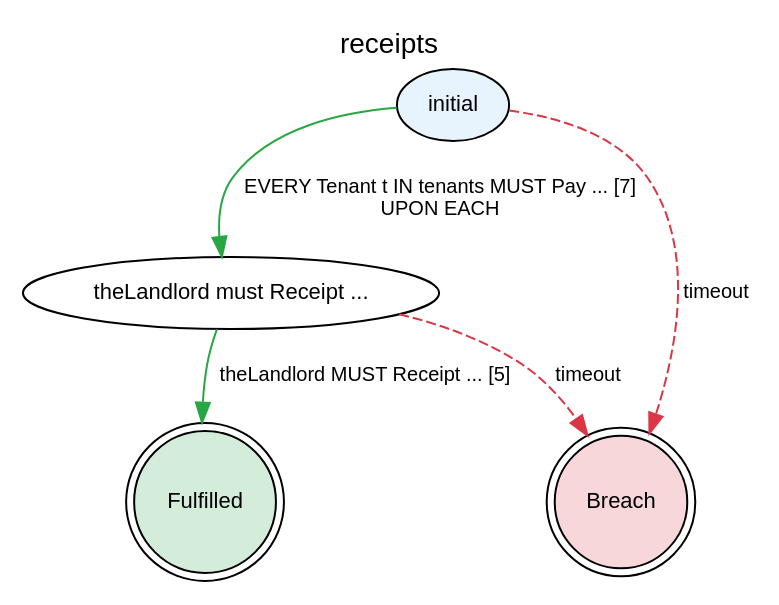
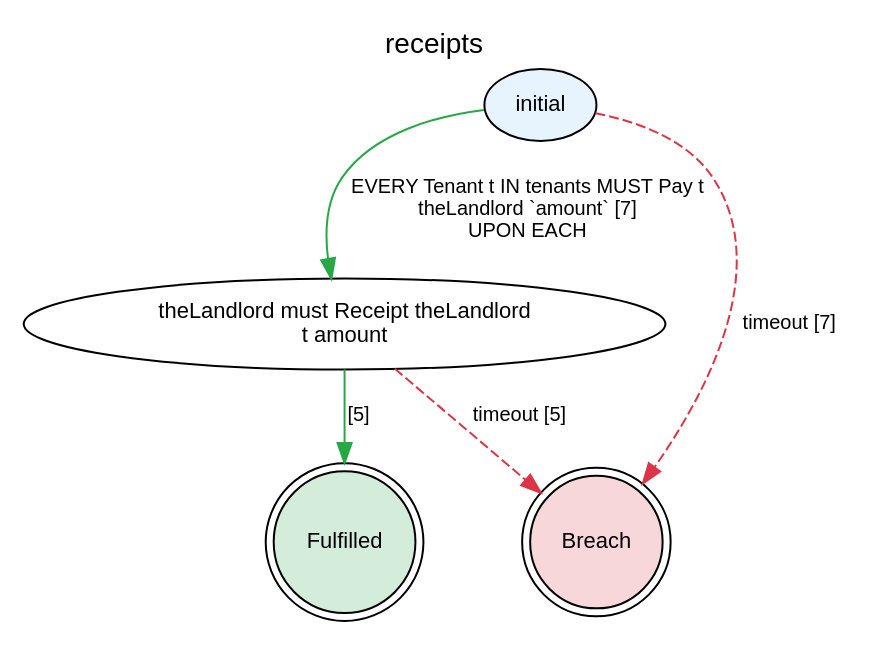
Before and after one commit to legalese/l4-ide: the diagram in etc/lts-reader-proxy/tenancy/B.dot, drawn with Graphviz. The commit also changed 3 other files, not shown here.

```diff
--- a/etc/lts-reader-proxy/tenancy/B.dot
+++ b/etc/lts-reader-proxy/tenancy/B.dot
@@ -1,43 +1,43 @@
 digraph {
     graph [rankdir=TB
           ,label=receipts
           ,labelloc=t
           ,fontname=Helvetica
           ,fontsize=14];
     node [fontname=Helvetica
          ,fontsize=11];
     edge [fontname=Helvetica
          ,fontsize=10];
     0 [label=initial
       ,fillcolor=white
       ,style=filled
       ,shape=ellipse
       ,fillcolor="#e8f4fd"];
-    1 [label="theLandlord must Receipt ..."
+    1 [label="theLandlord must Receipt theLandlord\nt amount"
       ,fillcolor=white
       ,style=filled
       ,shape=ellipse
       ,fillcolor="#ffffff"];
     2 [label=Fulfilled
       ,fillcolor=white
       ,style=filled
       ,shape=doublecircle
       ,fillcolor="#d4edda"];
     3 [label=Breach
       ,fillcolor=white
       ,style=filled
       ,shape=doublecircle
       ,fillcolor="#f8d7da"];
-    0 -> 1 [label="EVERY Tenant t IN tenants MUST Pay ... [7]\nUPON EACH"
+    0 -> 1 [label="EVERY Tenant t IN tenants MUST Pay t\ntheLandlord `amount` [7]\nUPON EACH"
            ,color="#28a745"
            ,style=solid];
-    0 -> 3 [label=timeout
+    0 -> 3 [label="timeout [7]"
            ,color="#dc3545"
            ,style=dashed];
-    1 -> 2 [label="theLandlord MUST Receipt ... [5]"
+    1 -> 2 [label="[5]"
            ,color="#28a745"
            ,style=solid];
-    1 -> 3 [label=timeout
+    1 -> 3 [label="timeout [5]"
            ,color="#dc3545"
            ,style=dashed];
 }
```
